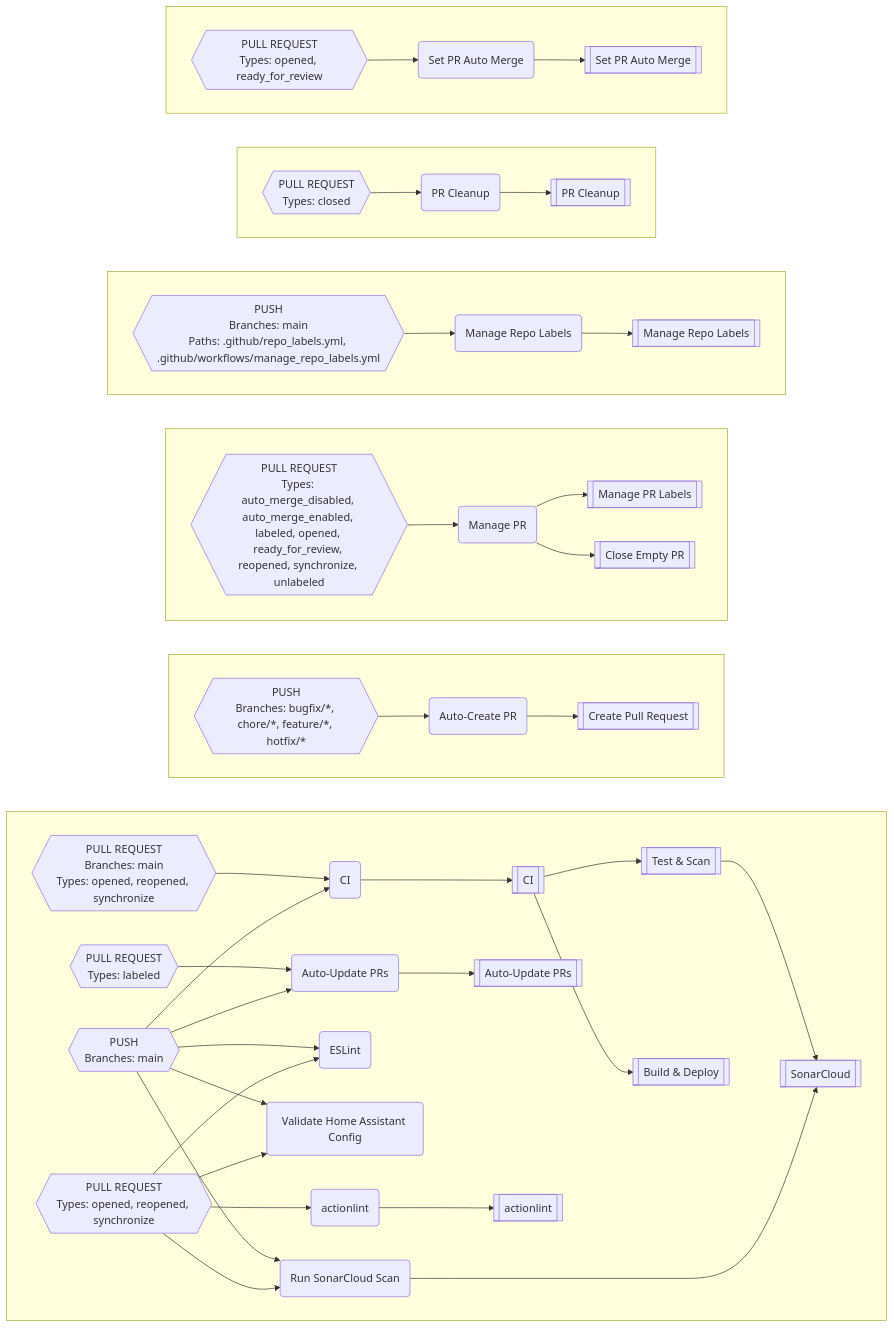
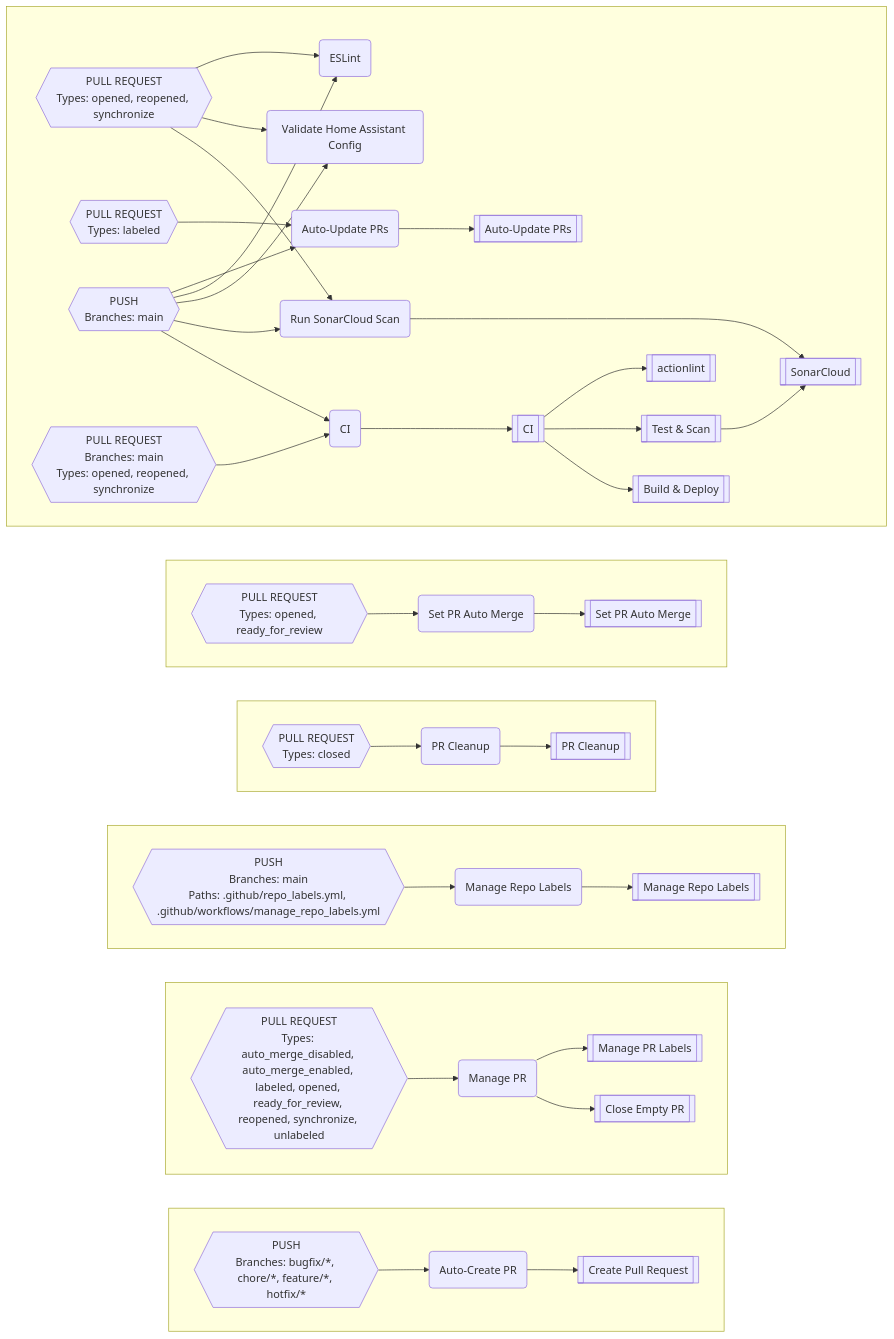
One commit to worgarside/github-config-files changed the diagram in README.md. Above: the diagram before and after it, drawn with Mermaid. The commit also changed other lines of this file and 4 other files, not shown here.

````diff
--- a/README.md
+++ b/README.md
@@ -379,102 +369,100 @@
 ```mermaid
 flowchart LR
+subgraph CX[" "]
+direction LR
+BJ-->BI
+BI-->X
+end
+subgraph CY[" "]
+direction LR
+BM-->BL
+BL-->AE
+BL-->T
+end
+subgraph CZ[" "]
+direction LR
+BR-->BQ
+BQ-->AM
+end
 subgraph DA[" "]
 direction LR
-BD-->BA
-K-->BD
-K-->D
-CK-->CI
-CI-->K
-BY-->BX
-BX-->AO
-CL-->BX
-CL-->CI
-CL-->CN
-CL-->CR
-CL-->CW
-CW-->BA
-BI-->BH
-BI-->CN
-BI-->CR
-BI-->CW
-BH-->A
+BZ-->BY
+BY-->AS
 end
 subgraph DB[" "]
 direction LR
-BM-->BL
-BL-->W
+CC-->CB
+CB-->AW
 end
 subgraph DC[" "]
 direction LR
-BP-->BO
-BO-->AD
-BO-->S
-end
-subgraph DD[" "]
-direction LR
-BU-->BT
-BT-->AL
-end
-subgraph DE[" "]
-direction LR
-CC-->CB
-CB-->AR
-end
-subgraph DF[" "]
-direction LR
-CF-->CE
-CE-->AV
+CH-->CF
+CH-->CJ
+CH-->CO
+BE-->BB
+CO-->BB
+BV-->BU
+BU-->AP
+CV-->BU
+CV-->CF
+CV-->CJ
+CV-->CO
+CV-->CS
+CU-->CS
+CS-->K
+K-->A
+K-->BE
+K-->D
 end
 A[["actionlint"]]
-AD[["Manage PR Labels"]]
-AL[["Manage Repo Labels"]]
-AO[["Auto-Update PRs"]]
-AR[["PR Cleanup"]]
-AV[["Set PR Auto Merge"]]
-BA[["SonarCloud"]]
-BD[["Test & Scan"]]
-BH("actionlint")
-BI{{"PULL REQUEST
-Types: opened, reopened, synchronize
-"}}
-BL("Auto-Create PR")
-BM{{"PUSH
+AE[["Manage PR Labels"]]
+AM[["Manage Repo Labels"]]
+AP[["Auto-Update PRs"]]
+AS[["PR Cleanup"]]
+AW[["Set PR Auto Merge"]]
+BB[["SonarCloud"]]
+BE[["Test & Scan"]]
+BI("Auto-Create PR")
+BJ{{"PUSH
 Branches: bugfix/*, chore/*, feature/*, hotfix/*
 "}}
-BO("Manage PR")
-BP{{"PULL REQUEST
+BL("Manage PR")
+BM{{"PULL REQUEST
 Types: auto_merge_disabled, auto_merge_enabled, labeled, opened, ready_for_review, reopened, synchronize, unlabeled
 "}}
-BT("Manage Repo Labels")
-BU{{"PUSH
+BQ("Manage Repo Labels")
+BR{{"PUSH
 Branches: main
 Paths: .github/repo_labels.yml, .github/workflows/manage_repo_labels.yml
 "}}
-BX("Auto-Update PRs")
-BY{{"PULL REQUEST
+BU("Auto-Update PRs")
+BV{{"PULL REQUEST
 Types: labeled
 "}}
-CB("PR Cleanup")
-CC{{"PULL REQUEST
+BY("PR Cleanup")
+BZ{{"PULL REQUEST
 Types: closed
 "}}
-CE("Set PR Auto Merge")
-CF{{"PULL REQUEST
+CB("Set PR Auto Merge")
+CC{{"PULL REQUEST
 Types: opened, ready_for_review
 "}}
-CI("CI")
-CK{{"PULL REQUEST
+CF("ESLint")
+CH{{"PULL REQUEST
+Types: opened, reopened, synchronize
+"}}
+CJ("Validate Home Assistant Config")
+CO("Run SonarCloud Scan")
+CS("CI")
+CU{{"PULL REQUEST
 Branches: main
 Types: opened, reopened, synchronize
 "}}
-CL{{"PUSH
+CV{{"PUSH
 Branches: main
 "}}
-CN("ESLint")
-CR("Validate Home Assistant Config")
-CW("Run SonarCloud Scan")
 D[["Build & Deploy"]]
 K[["CI"]]
-S[["Close Empty PR"]]
-W[["Create Pull Request"]]
+T[["Close Empty PR"]]
+X[["Create Pull Request"]]
 ```
````
